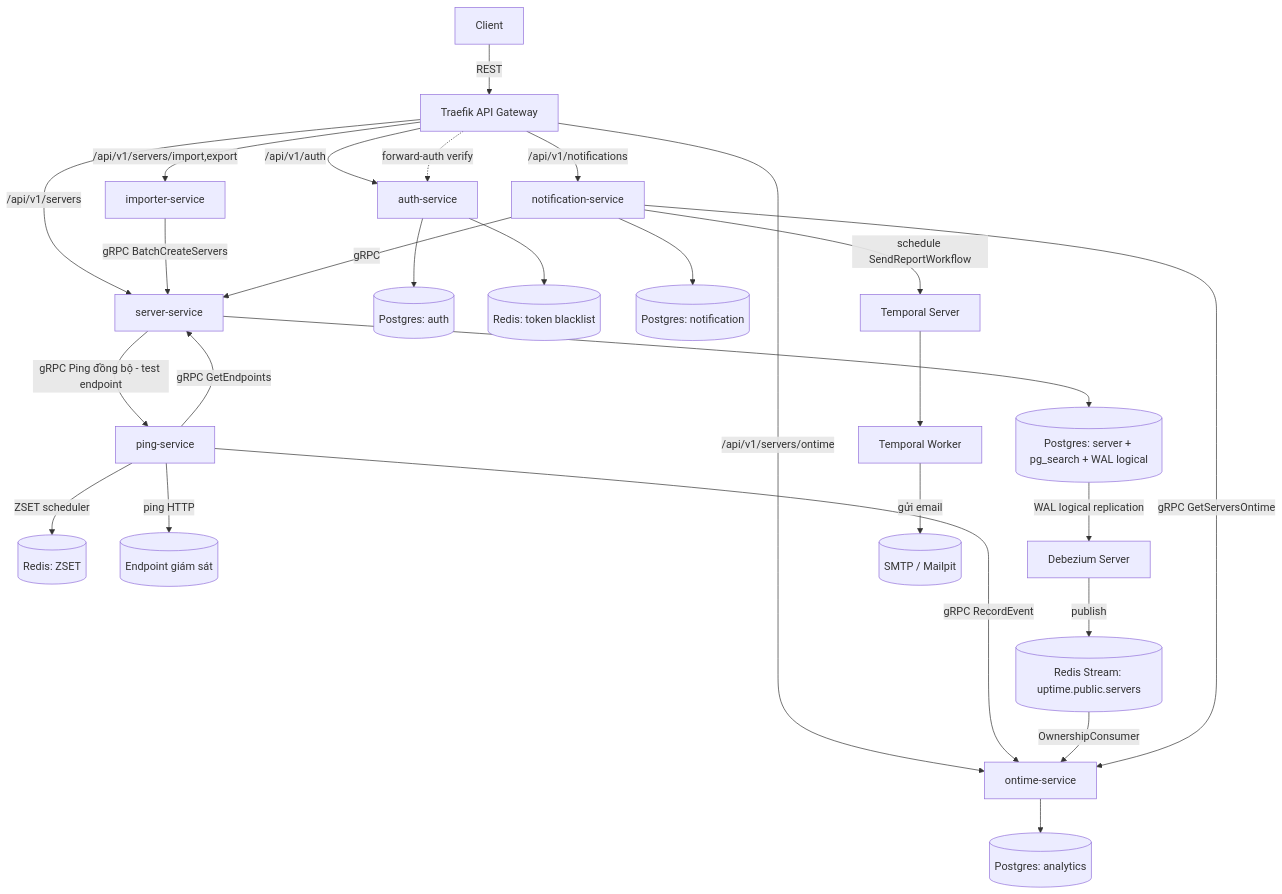
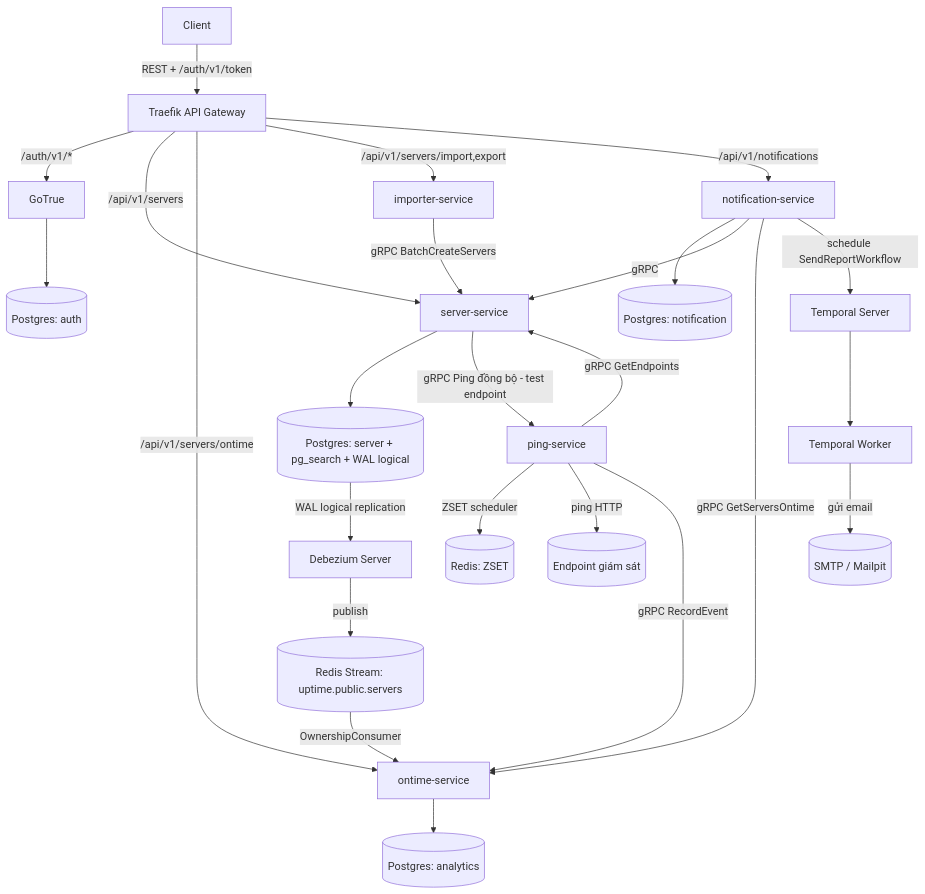
One commit to minhnbnt/uptime-monitor changed the first of 9 diagrams in index.md. Above: the diagram before and after it, drawn with Mermaid. The commit also changed other lines of this file and 164 other files, not shown here.

First line of the commit message:
feat: replace auth-service with GoTrue, user_id as UUID across services

````diff
--- a/index.md
+++ b/index.md
@@ -136,36 +133,32 @@
 ```mermaid
 flowchart TB
-    Client[Client] -->|REST| Traefik[Traefik API Gateway]
+    Client[Client] -->|REST + /auth/v1/token| Traefik[Traefik API Gateway]
+    Traefik -->|"/auth/v1/*"| GoTrue[GoTrue]
+    GoTrue --> AuthDB[(Postgres: auth)]
 
-    Traefik -->|"/api/v1/auth"| Auth[auth-service]
     Traefik -->|"/api/v1/servers"| Server[server-service]
     Traefik -->|"/api/v1/servers/ontime"| Ontime[ontime-service]
     Traefik -->|"/api/v1/servers/import,export"| Importer[importer-service]
     Traefik -->|"/api/v1/notifications"| Notif[notification-service]
-    Traefik -.->|forward-auth verify| Auth
-
-    Auth --> AuthDB[(Postgres: auth)]
-    Auth --> Redis1[(Redis: token blacklist)]
-
     Server --> ServerDB[(Postgres: server + pg_search + WAL logical)]
     Importer -->|gRPC BatchCreateServers| Server
 
     Ping[ping-service] -->|gRPC GetEndpoints| Server
     Ping -->|ZSET scheduler| Redis2[(Redis: ZSET)]
     Ping -->|ping HTTP| Target[(Endpoint giám sát)]
     Ping -->|gRPC RecordEvent| Ontime
     Server -->|gRPC Ping đồng bộ - test endpoint| Ping
 
     ServerDB -->|WAL logical replication| Debezium[Debezium Server]
     Debezium -->|publish| Stream[(Redis Stream: uptime.public.servers)]
     Stream -->|OwnershipConsumer| Ontime
 
     Ontime --> AnalyticsDB[(Postgres: analytics)]
 
     Notif --> NotifDB[(Postgres: notification)]
     Notif -->|gRPC| Server
     Notif -->|gRPC GetServersOntime| Ontime
     Notif -->|schedule SendReportWorkflow| Temporal[Temporal Server]
     Temporal --> Worker[Temporal Worker]
     Worker -->|gửi email| Mail[(SMTP / Mailpit)]
 ```
````
